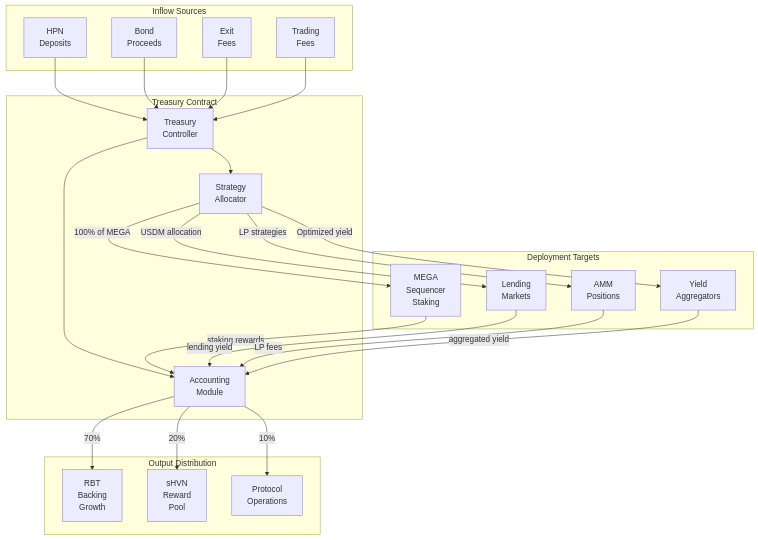
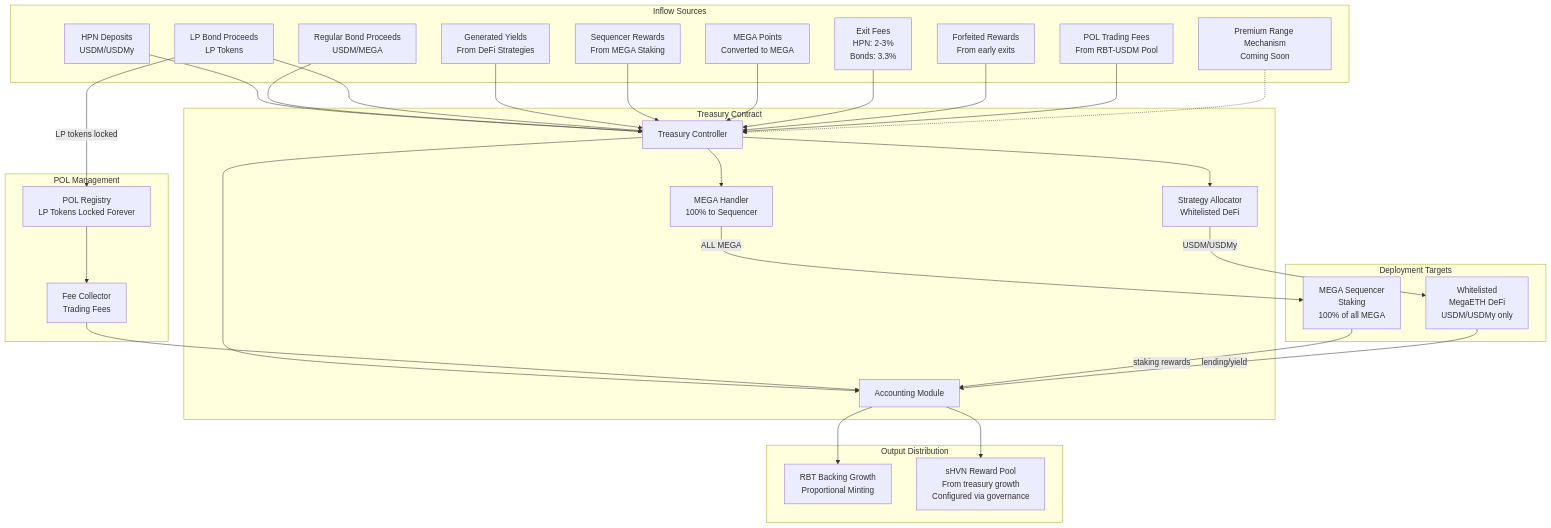
The second of 7 diagrams in blackhaven-architecture-diagrams.md (0xJaehaerys/ohmega), drawn with Mermaid before and after one commit. The commit also changed other lines of this file, not shown here.

First line of the commit message:
Rewrite architecture diagrams based on official documentation

````diff
--- a/blackhaven-architecture-diagrams.md
+++ b/blackhaven-architecture-diagrams.md
@@ -71,50 +101,65 @@
 ```mermaid
 graph TD
     subgraph "Inflow Sources"
-        HPN_DEPOSITS[HPN<br/>Deposits]
-        BOND_PROCEEDS[Bond<br/>Proceeds]
-        EXIT_FEES[Exit<br/>Fees]
-        TRADING_FEES[Trading<br/>Fees]
+        HPN_DEPOSITS[HPN Deposits<br/>USDM/USDMy]
+        REGULAR_BOND_PROCEEDS[Regular Bond Proceeds<br/>USDM/MEGA]
+        LP_BOND_PROCEEDS[LP Bond Proceeds<br/>LP Tokens]
+        YIELD_GEN[Generated Yields<br/>From DeFi Strategies]
+        SEQUENCER_REWARDS[Sequencer Rewards<br/>From MEGA Staking]
+        MEGA_POINTS[MEGA Points<br/>Converted to MEGA]
+        EXIT_FEES[Exit Fees<br/>HPN: 2-3%<br/>Bonds: 3.3%]
+        FORFEITED_REWARDS[Forfeited Rewards<br/>From early exits]
+        POL_FEES[POL Trading Fees<br/>From RBT-USDM Pool]
+        PRM_FUTURE[Premium Range Mechanism<br/>Coming Soon]
     end
     
     subgraph "Treasury Contract"
-        CONTROLLER[Treasury<br/>Controller]
-        ALLOCATOR[Strategy<br/>Allocator]
-        ACCOUNTING[Accounting<br/>Module]
+        CONTROLLER[Treasury Controller]
+        MEGA_HANDLER[MEGA Handler<br/>100% to Sequencer]
+        ALLOCATOR[Strategy Allocator<br/>Whitelisted DeFi]
+        ACCOUNTING[Accounting Module]
     end
     
     subgraph "Deployment Targets"
-        MEGA_STAKING[MEGA<br/>Sequencer<br/>Staking]
-        DEFI_1[Lending<br/>Markets]
-        DEFI_2[AMM<br/>Positions]
-        DEFI_3[Yield<br/>Aggregators]
+        MEGA_STAKING[MEGA Sequencer<br/>Staking<br/>100% of all MEGA]
+        DEFI_STRATEGIES[Whitelisted<br/>MegaETH DeFi<br/>USDM/USDMy only]
+    end
+    
+    subgraph "POL Management"
+        POL_REGISTRY[POL Registry<br/>LP Tokens Locked Forever]
+        FEE_COLLECTOR[Fee Collector<br/>Trading Fees]
     end
     
     subgraph "Output Distribution"
-        RBT_BACKING[RBT<br/>Backing<br/>Growth]
-        SHVN_REWARDS[sHVN<br/>Reward<br/>Pool]
-        OPERATIONS[Protocol<br/>Operations]
+        RBT_BACKING[RBT Backing Growth<br/>Proportional Minting]
+        SHVN_REWARDS[sHVN Reward Pool<br/>From treasury growth<br/>Configured via governance]
     end
     
     HPN_DEPOSITS --> CONTROLLER
-    BOND_PROCEEDS --> CONTROLLER
+    REGULAR_BOND_PROCEEDS --> CONTROLLER
+    LP_BOND_PROCEEDS --> CONTROLLER
+    YIELD_GEN --> CONTROLLER
+    SEQUENCER_REWARDS --> CONTROLLER
+    MEGA_POINTS --> CONTROLLER
     EXIT_FEES --> CONTROLLER
-    TRADING_FEES --> CONTROLLER
+    FORFEITED_REWARDS --> CONTROLLER
+    POL_FEES --> CONTROLLER
+    PRM_FUTURE -.-> CONTROLLER
     
+    CONTROLLER --> MEGA_HANDLER
     CONTROLLER --> ALLOCATOR
     CONTROLLER --> ACCOUNTING
     
-    ALLOCATOR -->|100% of MEGA| MEGA_STAKING
-    ALLOCATOR -->|USDM allocation| DEFI_1
-    ALLOCATOR -->|LP strategies| DEFI_2
-    ALLOCATOR -->|Optimized yield| DEFI_3
+    MEGA_HANDLER -->|ALL MEGA| MEGA_STAKING
+    ALLOCATOR -->|USDM/USDMy| DEFI_STRATEGIES
+    
+    LP_BOND_PROCEEDS -->|LP tokens locked| POL_REGISTRY
+    POL_REGISTRY --> FEE_COLLECTOR
+    FEE_COLLECTOR --> ACCOUNTING
     
     MEGA_STAKING -->|staking rewards| ACCOUNTING
-    DEFI_1 -->|lending yield| ACCOUNTING
-    DEFI_2 -->|LP fees| ACCOUNTING
-    DEFI_3 -->|aggregated yield| ACCOUNTING
+    DEFI_STRATEGIES -->|lending/yield| ACCOUNTING
     
-    ACCOUNTING -->|70%| RBT_BACKING
-    ACCOUNTING -->|20%| SHVN_REWARDS
-    ACCOUNTING -->|10%| OPERATIONS
+    ACCOUNTING --> RBT_BACKING
+    ACCOUNTING --> SHVN_REWARDS
 ```
````
